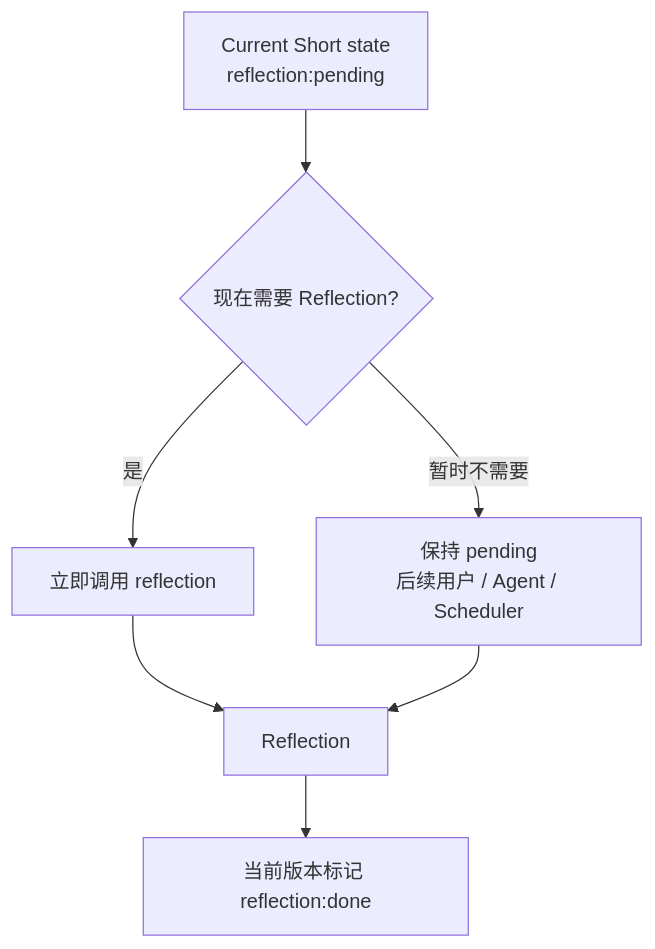
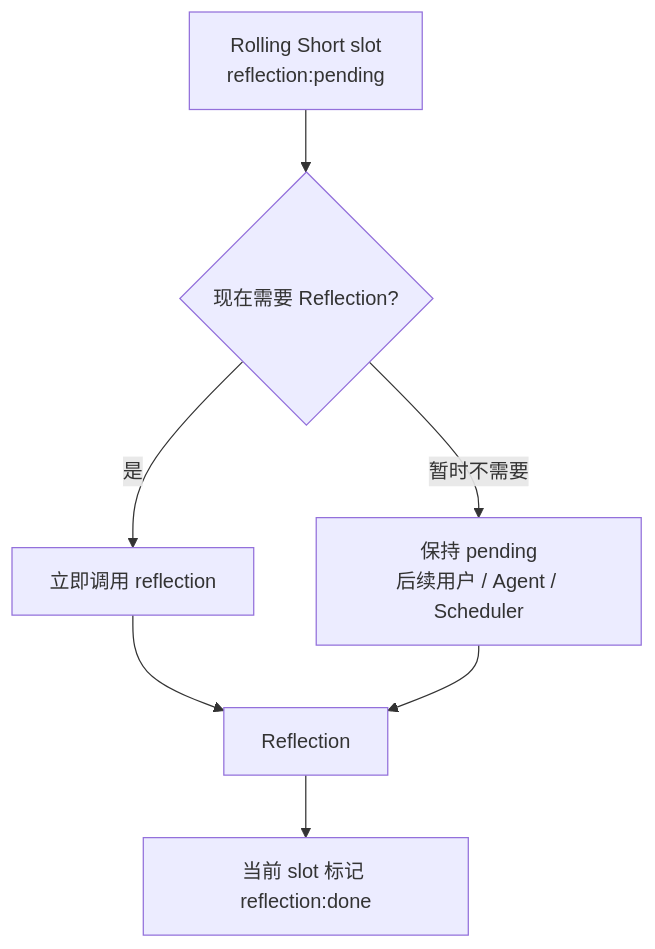
The second of 4 diagrams in docs/data-flow.md (Ri0n72Y/agent-identity-cycle), drawn with Mermaid before and after one commit. The commit also changed other lines of this file and 7 other files, not shown here.

First line of the commit message:
feat: adopt rolling short-memory slots

````diff
--- a/docs/data-flow.md
+++ b/docs/data-flow.md
@@ -60,13 +70,13 @@
 ```mermaid
 flowchart TD
-    S[Current Short state\nreflection:pending]
+    S[Rolling Short slot\nreflection:pending]
     J{现在需要 Reflection?}
     I[立即调用 reflection]
     D[保持 pending\n后续用户 / Agent / Scheduler]
     R[Reflection]
-    X[当前版本标记 reflection:done]
+    X[当前 slot 标记 reflection:done]
 
     S --> J
     J -->|是| I --> R --> X
     J -->|暂时不需要| D --> R
 ```
````
